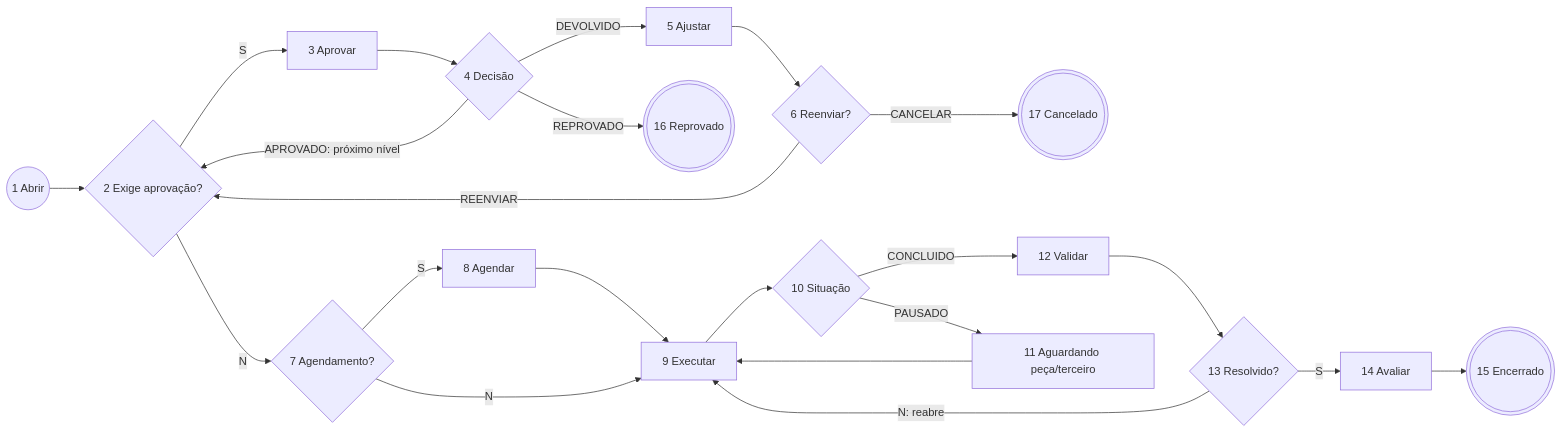
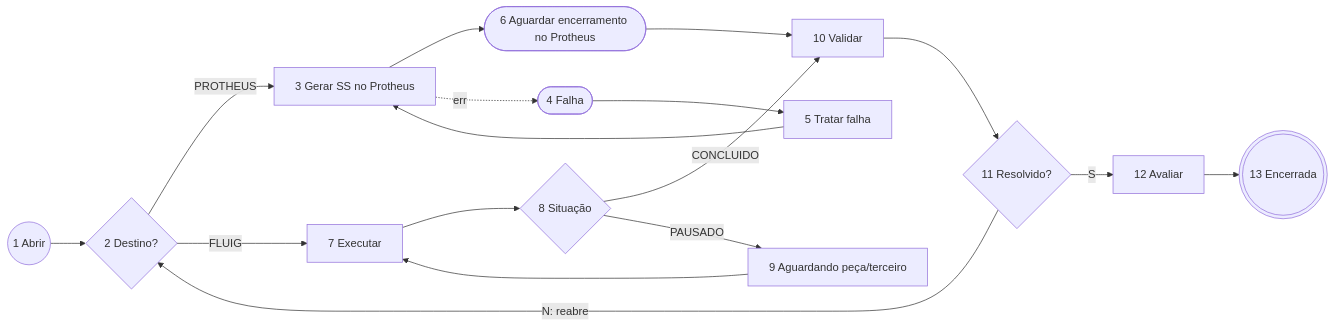
One commit to lucasananias16-ai/FLUIGSON changed the diagram in projetos/tatu-marchesan/fluig/specs/ChamadoManutencao.md. Above: the diagram before and after it, drawn with Mermaid. The commit also changed other lines of this file and 3 other files, not shown here.

````diff
--- a/projetos/tatu-marchesan/fluig/specs/ChamadoManutencao.md
+++ b/projetos/tatu-marchesan/fluig/specs/ChamadoManutencao.md
@@ -44,18 +49,12 @@
 ```mermaid
 flowchart LR
-  A((1 Abrir)) --> EA{2 Exige aprovação?}
-  EA -->|S| AP[3 Aprovar] --> DA{4 Decisão}
-  DA -->|APROVADO: próximo nível| EA
-  DA -->|DEVOLVIDO| AJ[5 Ajustar] --> DJ{6 Reenviar?}
-  DA -->|REPROVADO| FR(((16 Reprovado)))
-  DJ -->|REENVIAR| EA
-  DJ -->|CANCELAR| FC(((17 Cancelado)))
-  EA -->|N| AG{7 Agendamento?}
-  AG -->|S| AGD[8 Agendar] --> EX[9 Executar]
-  AG -->|N| EX
-  EX --> DE{10 Situação}
-  DE -->|CONCLUIDO| V[12 Validar] --> DV{13 Resolvido?}
-  DE -->|PAUSADO| W[11 Aguardando peça/terceiro] --> EX
-  DV -->|S| AV[14 Avaliar] --> F(((15 Encerrado)))
-  DV -->|N: reabre| EX
+  A((1 Abrir)) --> D{2 Destino?}
+  D -->|PROTHEUS| SS[3 Gerar SS no Protheus] --> W([6 Aguardar encerramento no Protheus]) --> V[10 Validar]
+  SS -.erro.-> E([4 Falha]) --> TF[5 Tratar falha] --> SS
+  D -->|FLUIG| EX[7 Executar] --> DE{8 Situação}
+  DE -->|CONCLUIDO| V
+  DE -->|PAUSADO| AG[9 Aguardando peça/terceiro] --> EX
+  V --> DV{11 Resolvido?}
+  DV -->|S| AV[12 Avaliar] --> F(((13 Encerrada)))
+  DV -->|N: reabre| D
 ```
````
